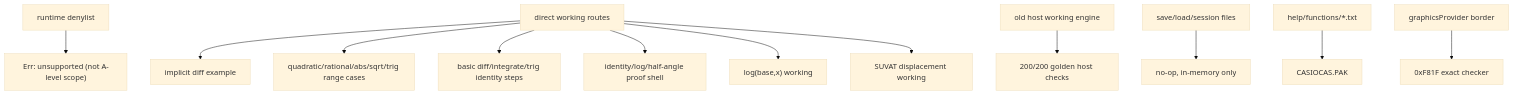
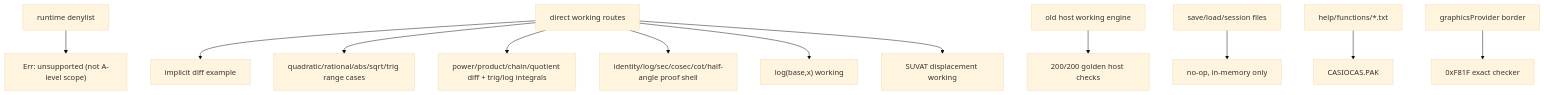
One commit to james8464/notes-addin-casio-fx-cg50 changed the third of 7 diagrams in docs/GRAPH.md. Above: the diagram before and after it, drawn with Mermaid (base theme). The commit also changed other lines of this file and 3 other files, not shown here.

````diff
--- a/docs/GRAPH.md
+++ b/docs/GRAPH.md
@@ -44,14 +44,14 @@
 ```mermaid
 graph TD
   Guard["runtime denylist"] --> Unsupported["Err: unsupported (not A-level scope)"]
   Direct["direct working routes"] --> Implicit["implicit diff example"]
   Direct --> Range["quadratic/rational/abs/sqrt/trig range cases"]
-  Direct --> DiffInt["basic diff/integrate/trig identity steps"]
-  Direct --> Xform["identity/log/half-angle proof shell"]
+  Direct --> DiffInt["power/product/chain/quotient diff + trig/log integrals"]
+  Direct --> Xform["identity/log/sec/cosec/cot/half-angle proof shell"]
   Direct --> Log["log(base,x) working"]
   Direct --> Suvat["SUVAT displacement working"]
   Host["old host working engine"] --> Queue["200/200 golden host checks"]
   Session["save/load/session files"] --> Disabled["no-op, in-memory only"]
   Help["help/functions/*.txt"] --> Pak["CASIOCAS.PAK"]
   Border["graphicsProvider border"] --> Pink["0xF81F exact checker"]
 ```
````
